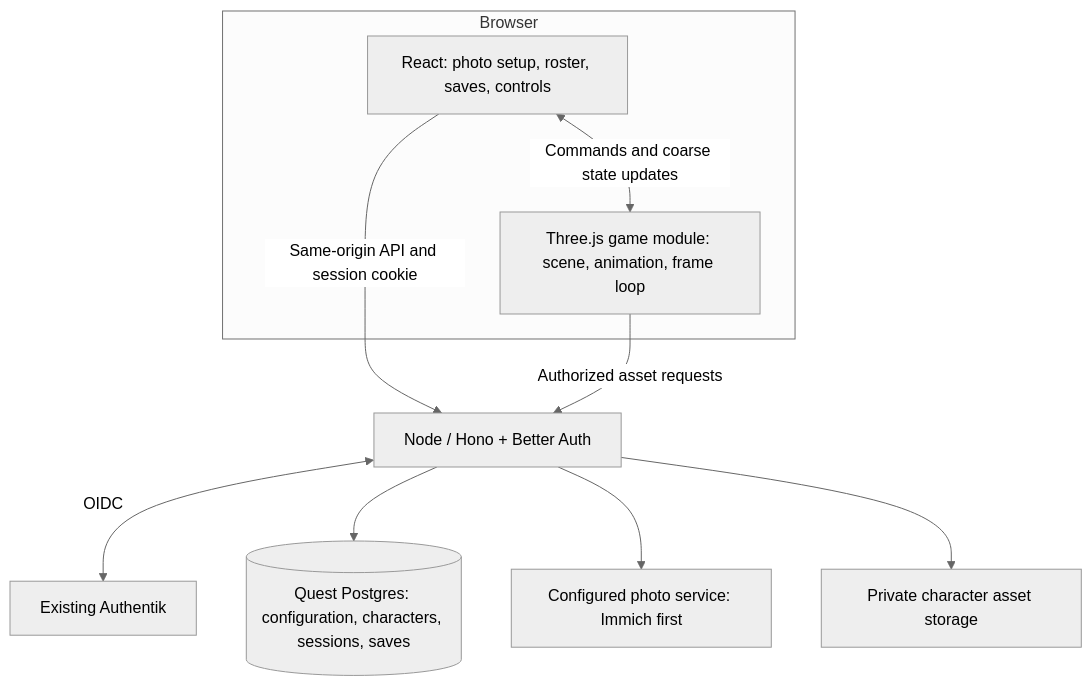
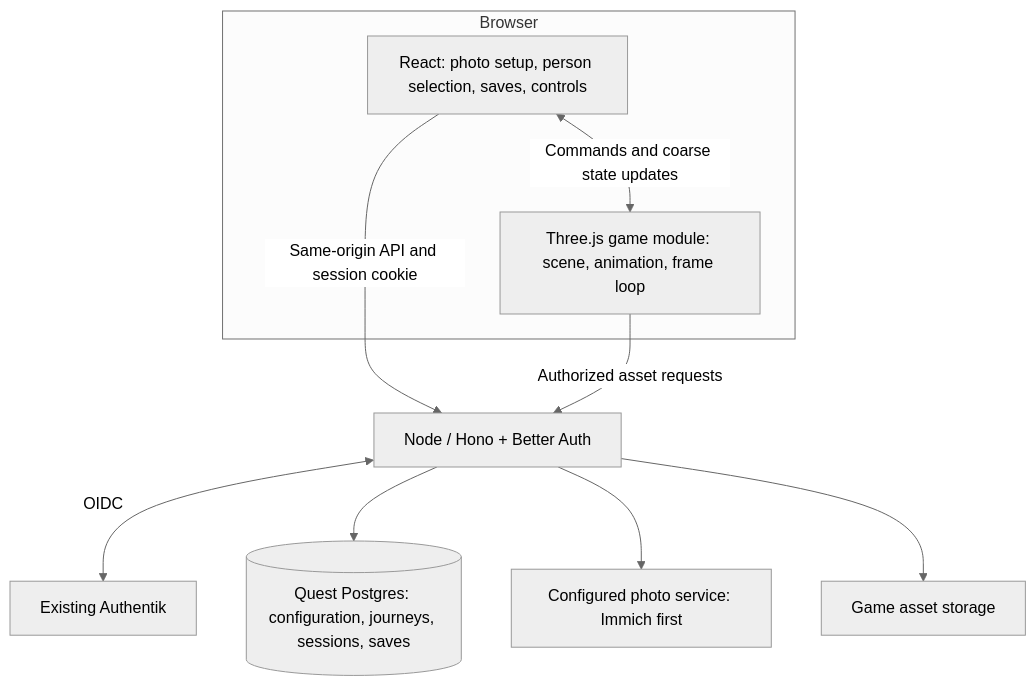
One commit to thaynes43/haynes-quest changed the diagram in docs/designs/001-technical-foundation.md. Above: the diagram before and after it, drawn with Mermaid (neutral theme). The commit also changed other lines of this file and 13 other files, not shown here.

````diff
--- a/docs/designs/001-technical-foundation.md
+++ b/docs/designs/001-technical-foundation.md
@@ -12,14 +12,14 @@
 ```mermaid
 flowchart TB
     subgraph Browser
-        UI[React: photo setup, roster, saves, controls]
+        UI[React: photo setup, person selection, saves, controls]
         Game[Three.js game module: scene, animation, frame loop]
         UI <-->|Commands and coarse state updates| Game
     end
     UI -->|Same-origin API and session cookie| App[Node / Hono + Better Auth]
     Game -->|Authorized asset requests| App
     App <-->|OIDC| Auth[Existing Authentik]
-    App --> DB[(Quest Postgres: configuration, characters, sessions, saves)]
+    App --> DB[(Quest Postgres: configuration, journeys, sessions, saves)]
     App --> Photos[Configured photo service: Immich first]
-    App --> Assets[Private character asset storage]
+    App --> Assets[Game asset storage]
 ```
````
